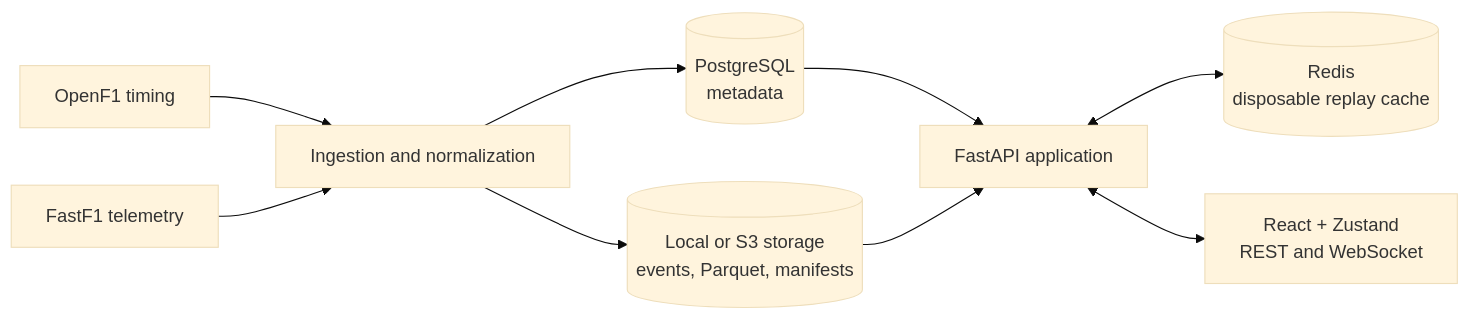
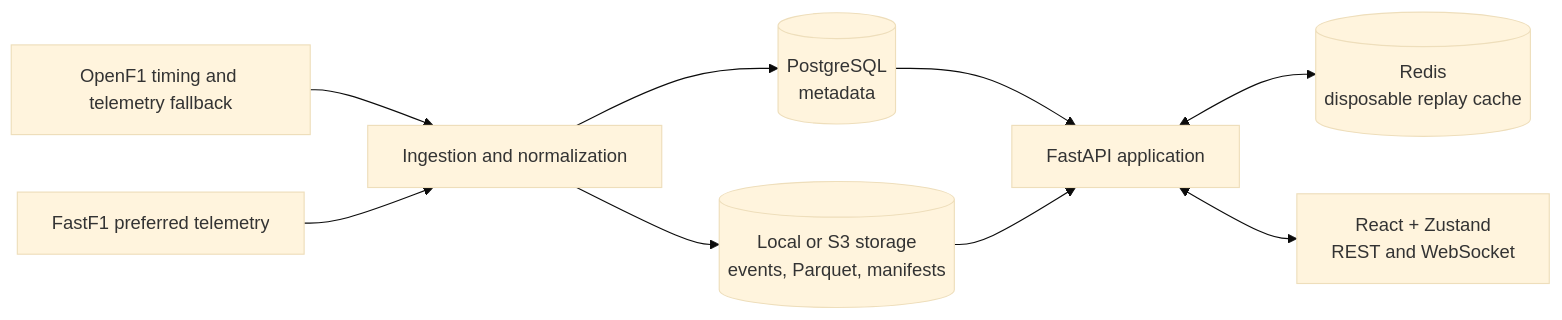
The diagram in README.md (mohika05/pitwall), drawn with Mermaid (base theme) before and after one commit. The commit also changed other lines of this file and 11 other files, not shown here.

````diff
--- a/README.md
+++ b/README.md
@@ -107,11 +109,11 @@
 ```mermaid
 flowchart LR
-    OF1[OpenF1 timing] --> ING[Ingestion and normalization]
-    FF1[FastF1 telemetry] --> ING
+    OF1[OpenF1 timing and telemetry fallback] --> ING[Ingestion and normalization]
+    FF1[FastF1 preferred telemetry] --> ING
     ING --> PG[(PostgreSQL<br/>metadata)]
     ING --> OBJ[(Local or S3 storage<br/>events, Parquet, manifests)]
     PG --> API[FastAPI application]
     OBJ --> API
     API <--> CACHE[(Redis<br/>disposable replay cache)]
     API <--> WEB[React + Zustand<br/>REST and WebSocket]
 ```
````
